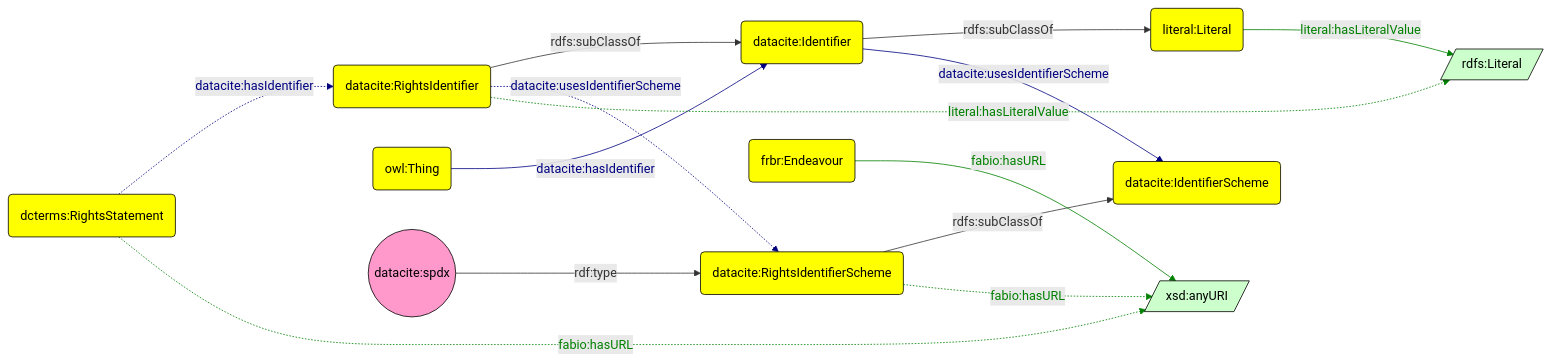
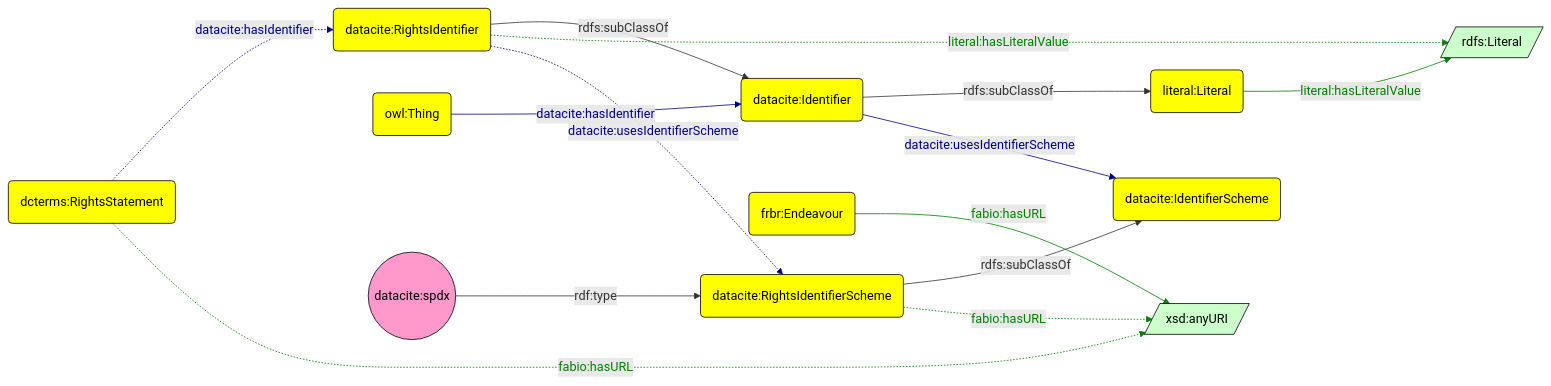
One commit to sbrzt/samosa changed the diagram in refactoring/01-rights/tbox.mmd. Above: the diagram before and after it, drawn with Mermaid. The commit also changed 50 other files, not shown here.

```diff
--- a/refactoring/01-rights/tbox.mmd
+++ b/refactoring/01-rights/tbox.mmd
@@ -1,30 +1,31 @@
 flowchart LR
   n0("datacite:RightsIdentifier"):::owlClass
   n1("datacite:RightsIdentifierScheme"):::owlClass
   n2("datacite:Identifier"):::owlClass
   n3("datacite:IdentifierScheme"):::owlClass
   n4("literal:Literal"):::owlClass
   n5("owl:Thing"):::owlClass
   n6("frbr:Endeavour"):::owlClass
   n7[/"xsd:anyURI"/]:::datatype
   n8[/"rdfs:Literal"/]:::datatype
   n9(("datacite:spdx")):::individual
   n10("dcterms:RightsStatement"):::owlClass
   n0 -->|"rdfs:subClassOf"| n2
   n1 -->|"rdfs:subClassOf"| n3
   n2 -->|"rdfs:subClassOf"| n4
   n5 -->|"datacite:hasIdentifier"| n2
   n2 -->|"datacite:usesIdentifierScheme"| n3
   n6 -->|"fabio:hasURL"| n7
   n4 -->|"literal:hasLiteralValue"| n8
   n9 -->|"rdf:type"| n1
   n10 -.->|"datacite:hasIdentifier"| n0
   n1 -.->|"fabio:hasURL"| n7
+  n0 -.->|"literal:hasLiteralValue"| n8
   n0 -.->|"datacite:usesIdentifierScheme"| n1
-  n0 -.->|"literal:hasLiteralValue"| n8
   n10 -.->|"fabio:hasURL"| n7
   classDef owlClass fill:#FFFF00,stroke:#000,color:#000
   classDef datatype fill:#CCFFCC,stroke:#000,color:#000
   classDef individual fill:#FF99CC,stroke:#000,color:#000
-  linkStyle 3,4,8,10 stroke:#000080,color:#000080
-  linkStyle 5,6,9,11,12 stroke:#008000,color:#008000
+  classDef literal fill:none,stroke:none,color:#000
+  linkStyle 3,4,8,11 stroke:#000080,color:#000080
+  linkStyle 5,6,9,10,12 stroke:#008000,color:#008000
```
